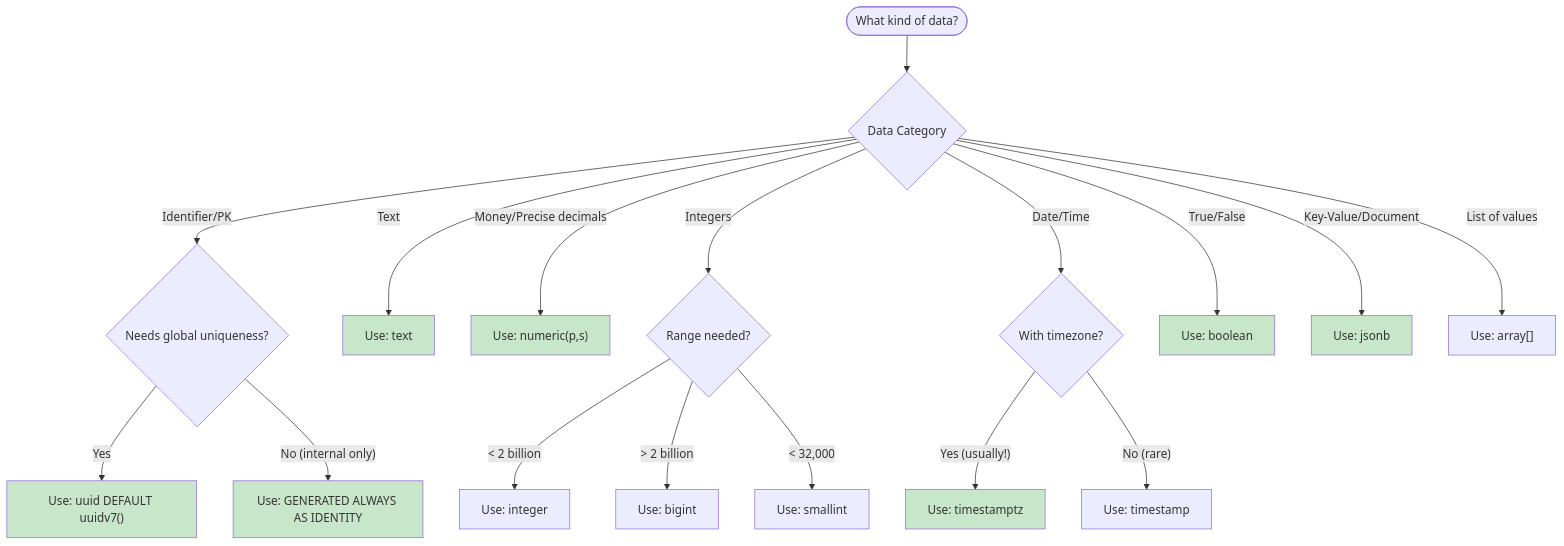
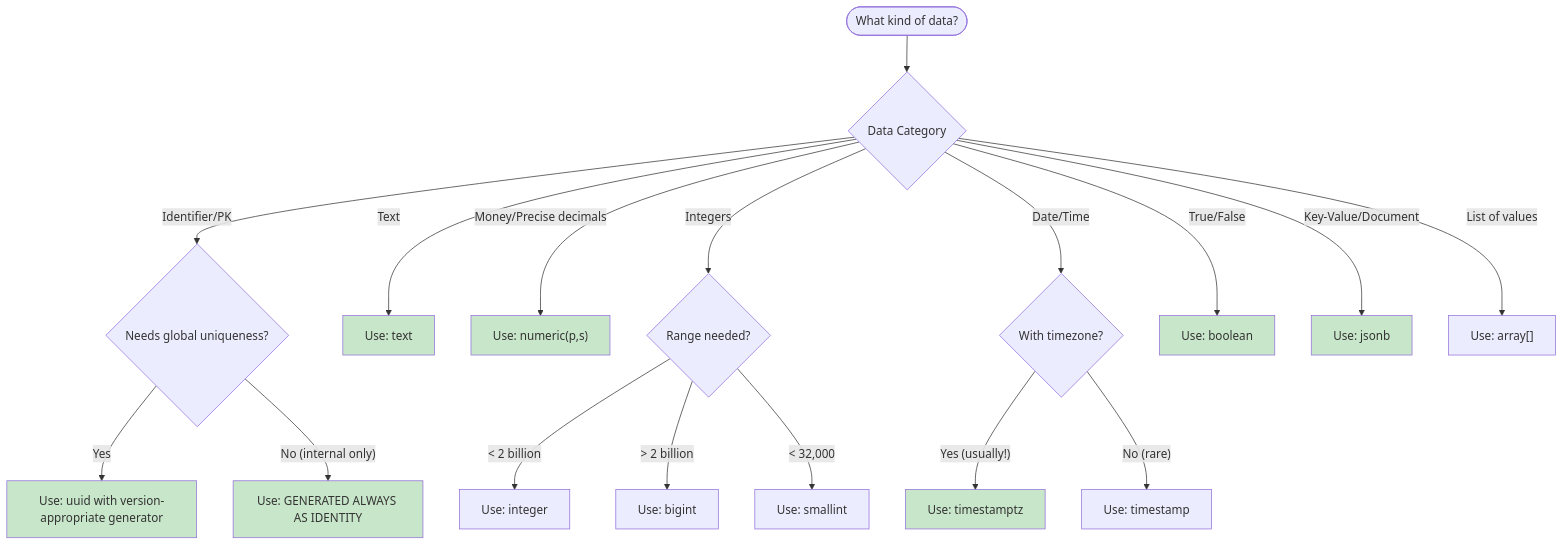
Before and after one commit to artemiuss/postgresql-skill: the first of 2 diagrams in references/data-types.md, drawn with Mermaid. The commit also changed other lines of this file and 29 other files, not shown here.

````diff
--- a/references/data-types.md
+++ b/references/data-types.md
@@ -16,31 +18,31 @@
 ```mermaid
 flowchart TD
     START([What kind of data?]) --> TYPE{Data Category}
     
     TYPE -->|"Identifier/PK"| PK{Needs global uniqueness?}
     TYPE -->|"Text"| TXT["Use: text"]
     TYPE -->|"Money/Precise decimals"| MONEY["Use: numeric(p,s)"]
     TYPE -->|"Integers"| INT{Range needed?}
     TYPE -->|"Date/Time"| DT{With timezone?}
     TYPE -->|"True/False"| BOOL["Use: boolean"]
     TYPE -->|"Key-Value/Document"| JSON["Use: jsonb"]
     TYPE -->|"List of values"| ARR["Use: array[]"]
     
-    PK -->|"Yes"| UUID7["Use: uuid DEFAULT uuidv7()"]
+    PK -->|"Yes"| UUID["Use: uuid with version-appropriate generator"]
     PK -->|"No (internal only)"| IDENTITY["Use: GENERATED ALWAYS AS IDENTITY"]
     
     INT -->|"< 2 billion"| INT4["Use: integer"]
     INT -->|"> 2 billion"| INT8["Use: bigint"]
     INT -->|"< 32,000"| INT2["Use: smallint"]
     
     DT -->|"Yes (usually!)"| TSTZ["Use: timestamptz"]
     DT -->|"No (rare)"| TS["Use: timestamp"]
     
-    style UUID7 fill:#c8e6c9
+    style UUID fill:#c8e6c9
     style IDENTITY fill:#c8e6c9
     style TXT fill:#c8e6c9
     style MONEY fill:#c8e6c9
     style TSTZ fill:#c8e6c9
     style BOOL fill:#c8e6c9
     style JSON fill:#c8e6c9
 ```
````
